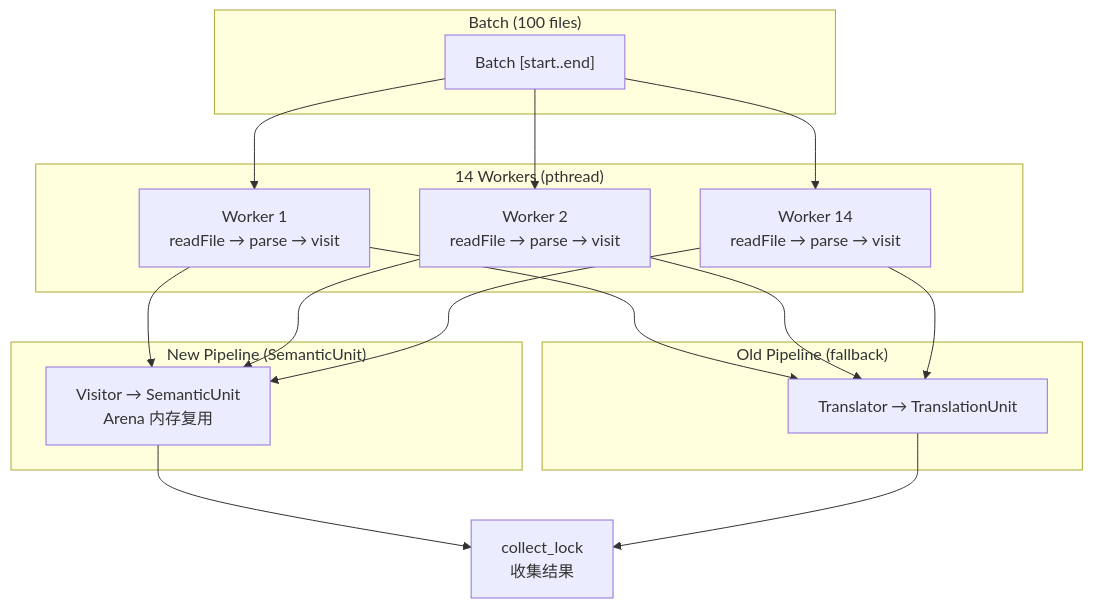
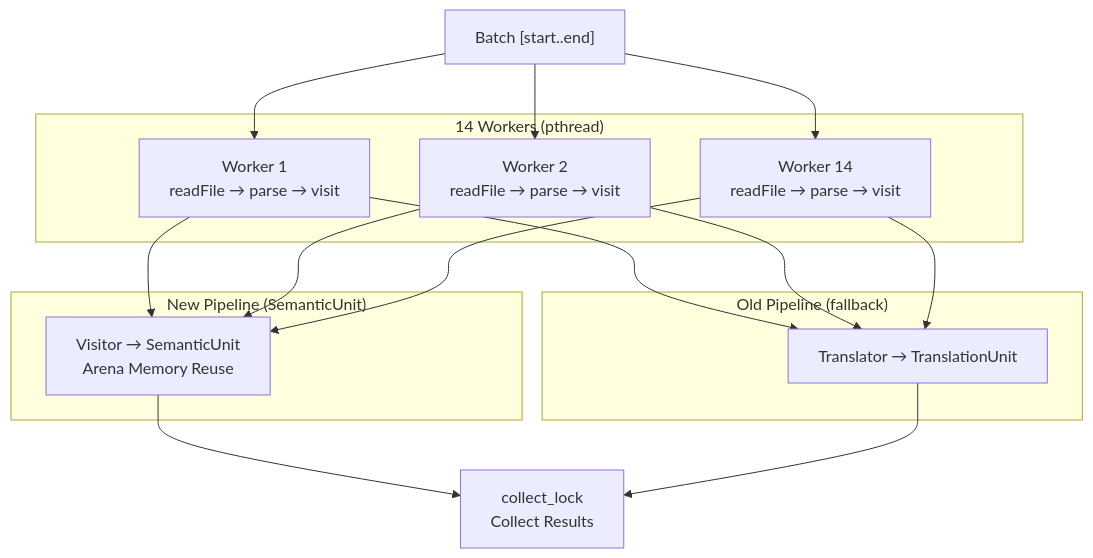
The fourth of 8 diagrams in docs/zh/architecture.md (Timwood0x10/CodeScope), drawn with Mermaid before and after one commit. The commit also changed other lines of this file and 25 other files, not shown here.

````diff
--- a/docs/zh/architecture.md
+++ b/docs/zh/architecture.md
@@ -92,23 +100,34 @@
 ```mermaid
 flowchart TB
-    subgraph "Batch (100 files)"
-        A["Batch [start..end]"]
-    end
-    subgraph "14 Workers (pthread)"
-        B1["Worker 1<br/>readFile → parse → visit"]
-        B2["Worker 2<br/>readFile → parse → visit"]
-        B3["Worker 14<br/>readFile → parse → visit"]
-    end
-    subgraph "New Pipeline (SemanticUnit)"
-        C["Visitor → SemanticUnit<br/>Arena 内存复用"]
-    end
-    subgraph "Old Pipeline (fallback)"
-        D["Translator → TranslationUnit"]
+    BatchStart["Batch [start..end]"]
+
+    subgraph Workers["14 Workers (pthread)"]
+        W1["Worker 1<br/>readFile → parse → visit"]
+        W2["Worker 2<br/>readFile → parse → visit"]
+        W14["Worker 14<br/>readFile → parse → visit"]
     end
 
-    A --> B1 & B2 & B3
-    B1 --> C & D
-    B2 --> C & D
-    B3 --> C & D
-    C & D --> E["collect_lock<br/>收集结果"]
+    subgraph NewPipeline["New Pipeline (SemanticUnit)"]
+        New["Visitor → SemanticUnit<br/>Arena Memory Reuse"]
+    end
+
+    subgraph OldPipeline["Old Pipeline (fallback)"]
+        Old["Translator → TranslationUnit"]
+    end
+
+    Collect["collect_lock<br/>Collect Results"]
+
+    BatchStart --> W1
+    BatchStart --> W2
+    BatchStart --> W14
+
+    W1 --> New
+    W1 --> Old
+    W2 --> New
+    W2 --> Old
+    W14 --> New
+    W14 --> Old
+
+    New --> Collect
+    Old --> Collect
 ```
````
